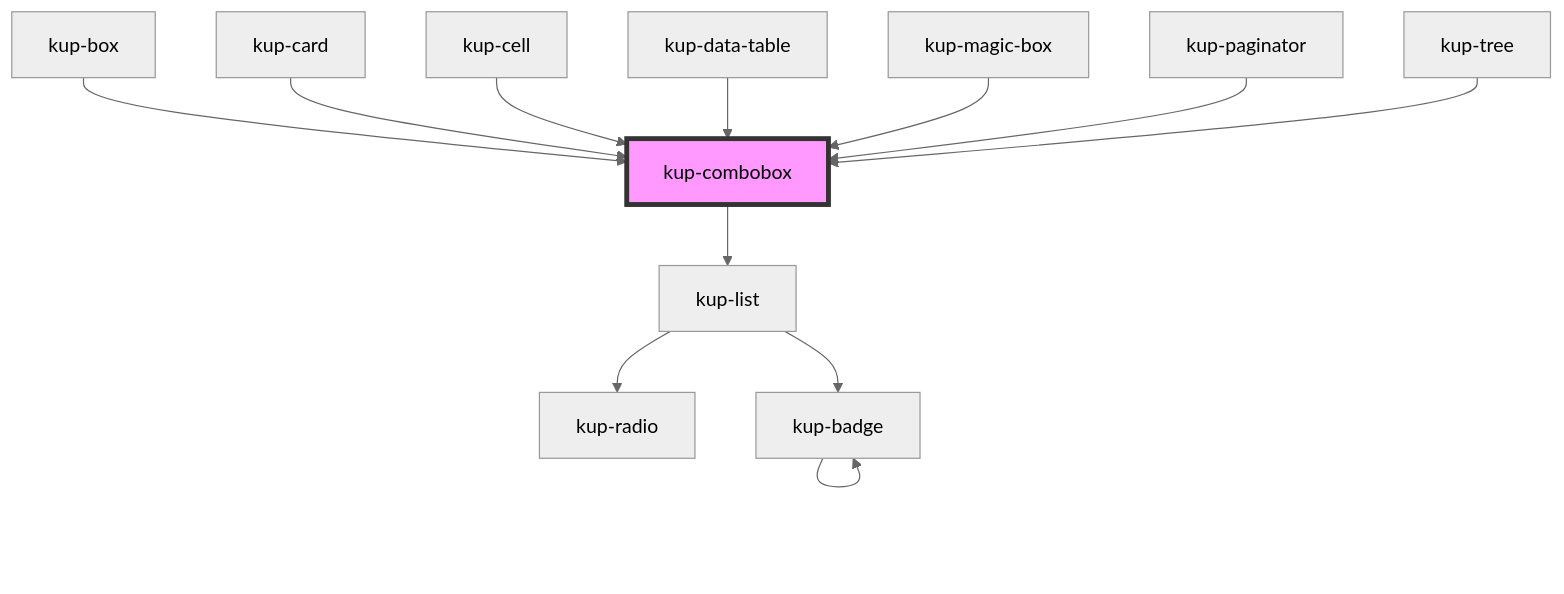
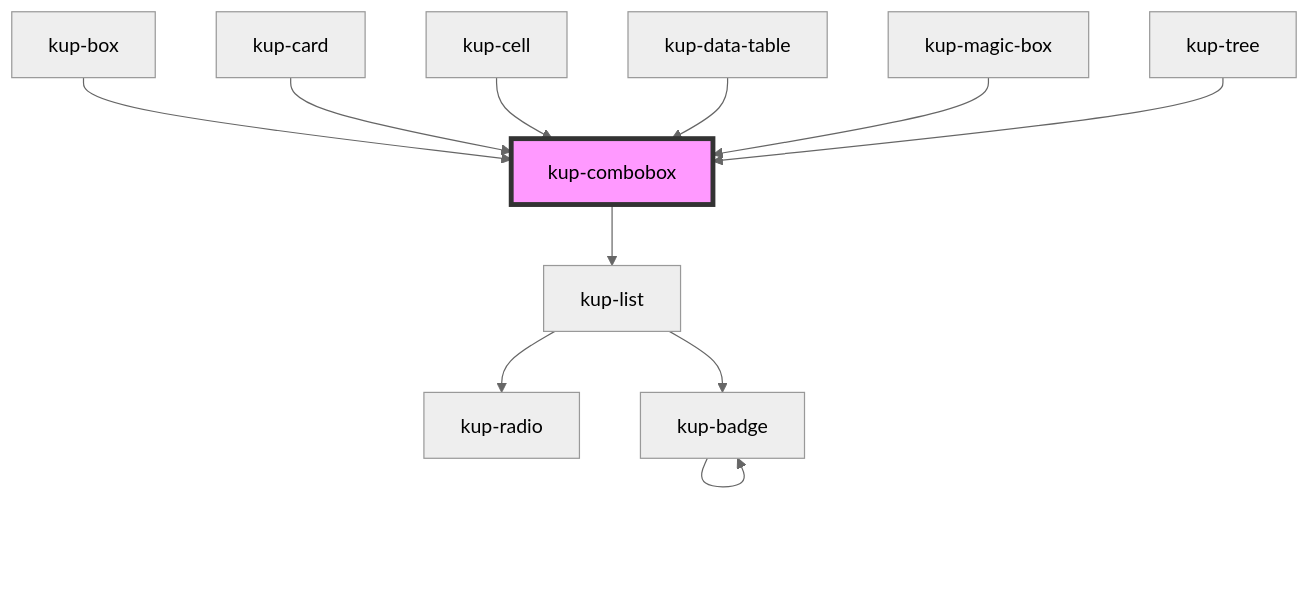
The diagram in packages/ketchup/src/components/kup-combobox/readme.md (smeup/ketchup), drawn with Mermaid (neutral theme) before and after one commit. The commit also changed other lines of this file and 15 other files, not shown here.

Commit message:
kup-paginator: removed.

````diff
--- a/packages/ketchup/src/components/kup-combobox/readme.md
+++ b/packages/ketchup/src/components/kup-combobox/readme.md
@@ -113,15 +112,14 @@
 ```mermaid
 graph TD;
   kup-combobox --> kup-list
   kup-list --> kup-radio
   kup-list --> kup-badge
   kup-badge --> kup-badge
   kup-box --> kup-combobox
   kup-card --> kup-combobox
   kup-cell --> kup-combobox
   kup-data-table --> kup-combobox
   kup-magic-box --> kup-combobox
-  kup-paginator --> kup-combobox
   kup-tree --> kup-combobox
   style kup-combobox fill:#f9f,stroke:#333,stroke-width:4px
 ```
````
